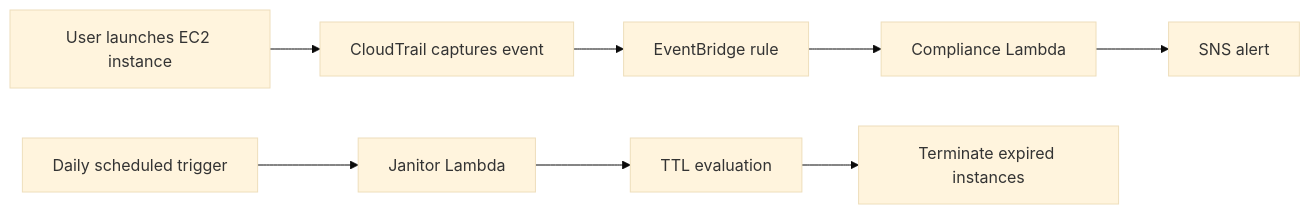
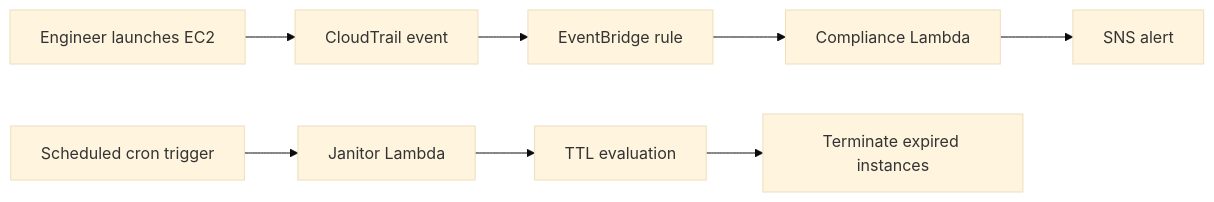
Before and after one commit to shatteredcode69/Automated-Cloud-Janitor-Environment-Lifecycle-Engine: the first of 2 diagrams in README.md, drawn with Mermaid (base theme). The commit also changed other lines of this file, not shown here.

````diff
--- a/README.md
+++ b/README.md
@@ -21,11 +36,11 @@
 ```mermaid
 flowchart LR
-    A[User launches EC2 instance] --> B[CloudTrail captures event]
+    A[Engineer launches EC2] --> B[CloudTrail event]
     B --> C[EventBridge rule]
     C --> D[Compliance Lambda]
     D --> E[SNS alert]
 
-    F[Daily scheduled trigger] --> G[Janitor Lambda]
+    F[Scheduled cron trigger] --> G[Janitor Lambda]
     G --> H[TTL evaluation]
     H --> I[Terminate expired instances]
 ```
````
